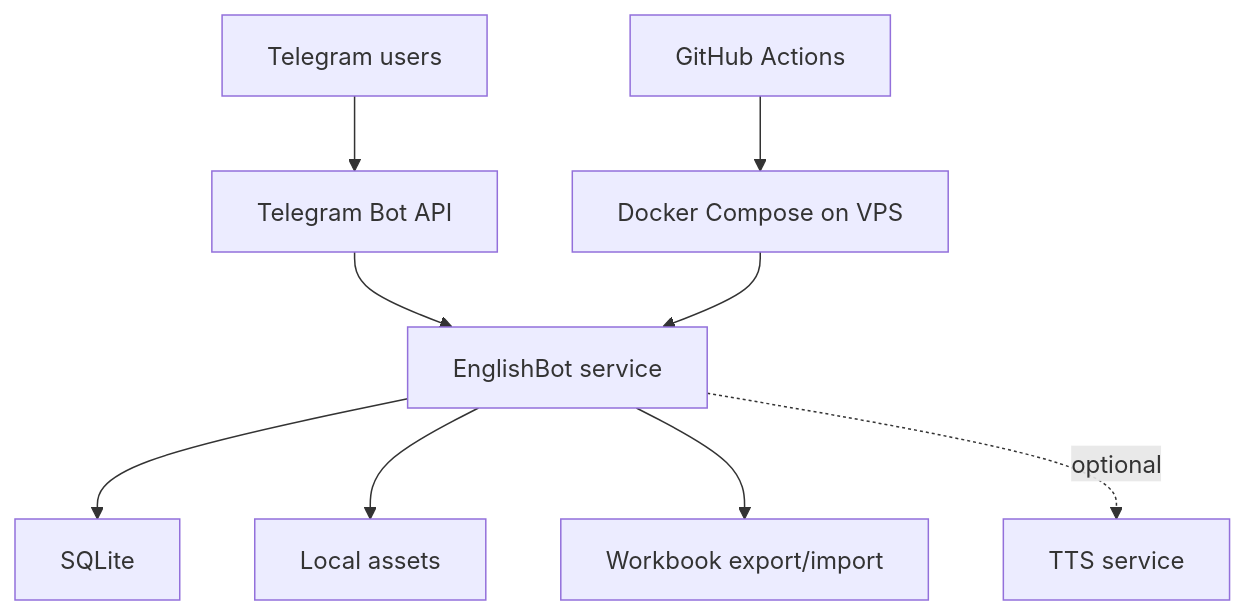
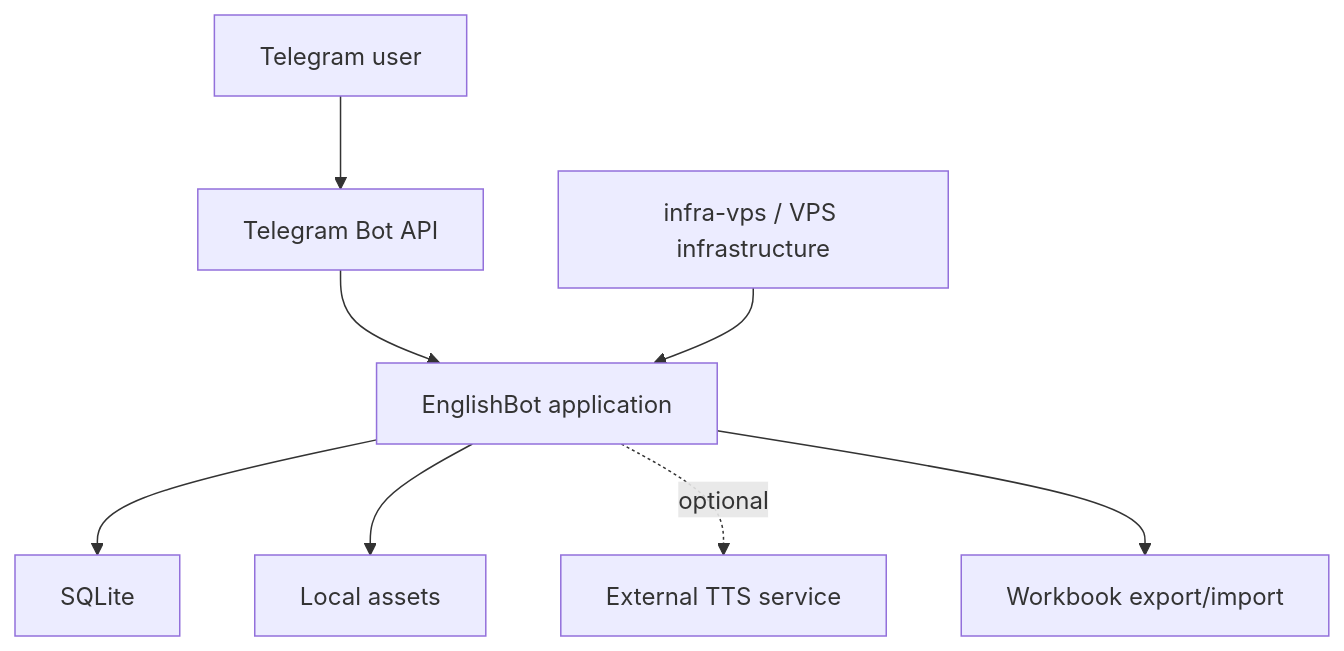
Before and after one commit to IavnFGV/EnglishBot-with-agents: the diagram in README.md, drawn with Mermaid. The commit also changed other lines of this file and 2 other files, not shown here.

Commit message:
Rewrite README with project history and architecture

````diff
--- a/README.md
+++ b/README.md
@@ -36,11 +33,10 @@
 ```mermaid
 flowchart TD
-    U[Telegram users] --> TG[Telegram Bot API]
-    TG --> B[EnglishBot service]
-    B --> D[SQLite]
-    B --> A[Local assets]
-    B --> X[Workbook export/import]
-    B -. optional .-> T[TTS service]
-    CI[GitHub Actions] --> VPS[Docker Compose on VPS]
-    VPS --> B
+    U[Telegram user] --> TG[Telegram Bot API]
+    TG --> B[EnglishBot application]
+    B --> DB[SQLite]
+    B --> AS[Local assets]
+    B -. optional .-> TTS[External TTS service]
+    B --> XLSX[Workbook export/import]
+    INFRA[infra-vps / VPS infrastructure] --> B
 ```
````
